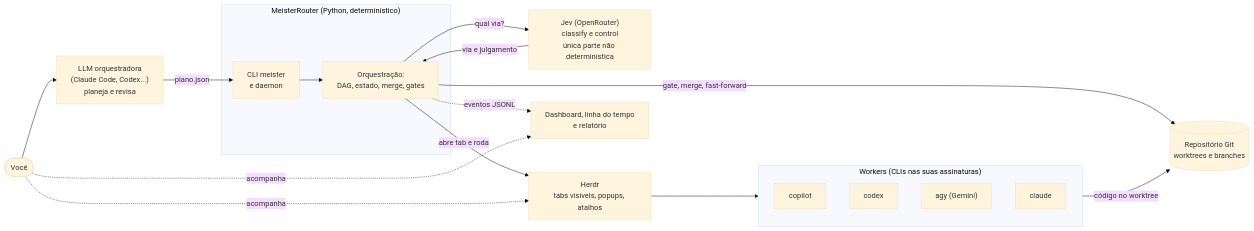
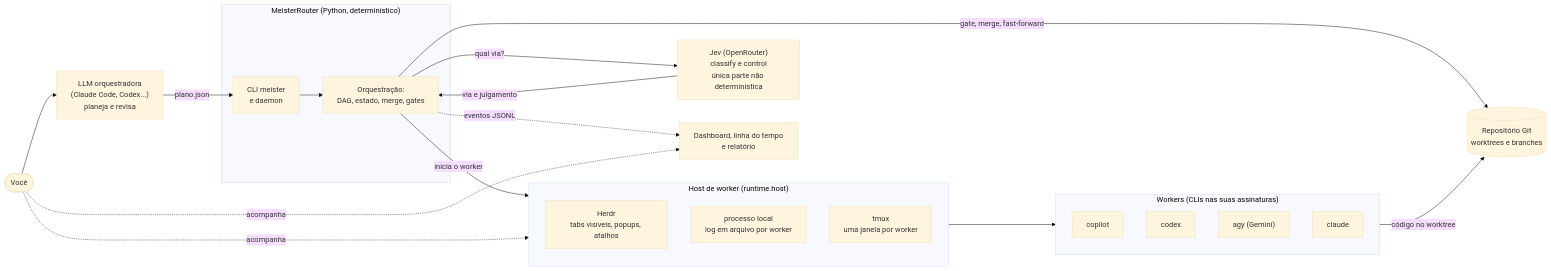
Before and after one commit to CristianonCarvalho/meisterrouter: the first of 13 diagrams in docs/pt-BR/DIAGRAMAS.md, drawn with Mermaid (base theme). The commit also changed other lines of this file and 3 other files, not shown here.

````diff
--- a/docs/pt-BR/DIAGRAMAS.md
+++ b/docs/pt-BR/DIAGRAMAS.md
@@ -30,32 +30,36 @@
 ```mermaid
 flowchart LR
   U(["Você"])
   ORQ["LLM orquestradora<br/>(Claude Code, Codex...)<br/>planeja e revisa"]
   subgraph MR["MeisterRouter (Python, determinístico)"]
     CLI["CLI meister<br/>e daemon"]
     CORE["Orquestração:<br/>DAG, estado, merge, gates"]
   end
   JEV["Jev (OpenRouter)<br/>classify e control<br/>única parte não determinística"]
-  HERDR["Herdr<br/>tabs visíveis, popups, atalhos"]
+  subgraph HOST["Host de worker (runtime.host)"]
+    H1["Herdr<br/>tabs visíveis, popups, atalhos"]
+    H2["processo local<br/>log em arquivo por worker"]
+    H3["tmux<br/>uma janela por worker"]
+  end
   subgraph W["Workers (CLIs nas suas assinaturas)"]
     W1["copilot"]
     W2["codex"]
     W3["agy (Gemini)"]
     W4["claude"]
   end
   GIT[("Repositório Git<br/>worktrees e branches")]
   OBS["Dashboard, linha do tempo<br/>e relatório"]
 
   U --> ORQ
   ORQ -- "plano.json" --> CLI
   CLI --> CORE
   CORE -- "qual via?" --> JEV
   JEV -- "via e julgamento" --> CORE
-  CORE -- "abre tab e roda" --> HERDR
-  HERDR --> W
+  CORE -- "inicia o worker" --> HOST
+  HOST --> W
   W -- "código no worktree" --> GIT
   CORE -- "gate, merge, fast-forward" --> GIT
   CORE -. "eventos JSONL" .-> OBS
   U -. "acompanha" .-> OBS
-  U -. "acompanha" .-> HERDR
+  U -. "acompanha" .-> HOST
 ```
````
